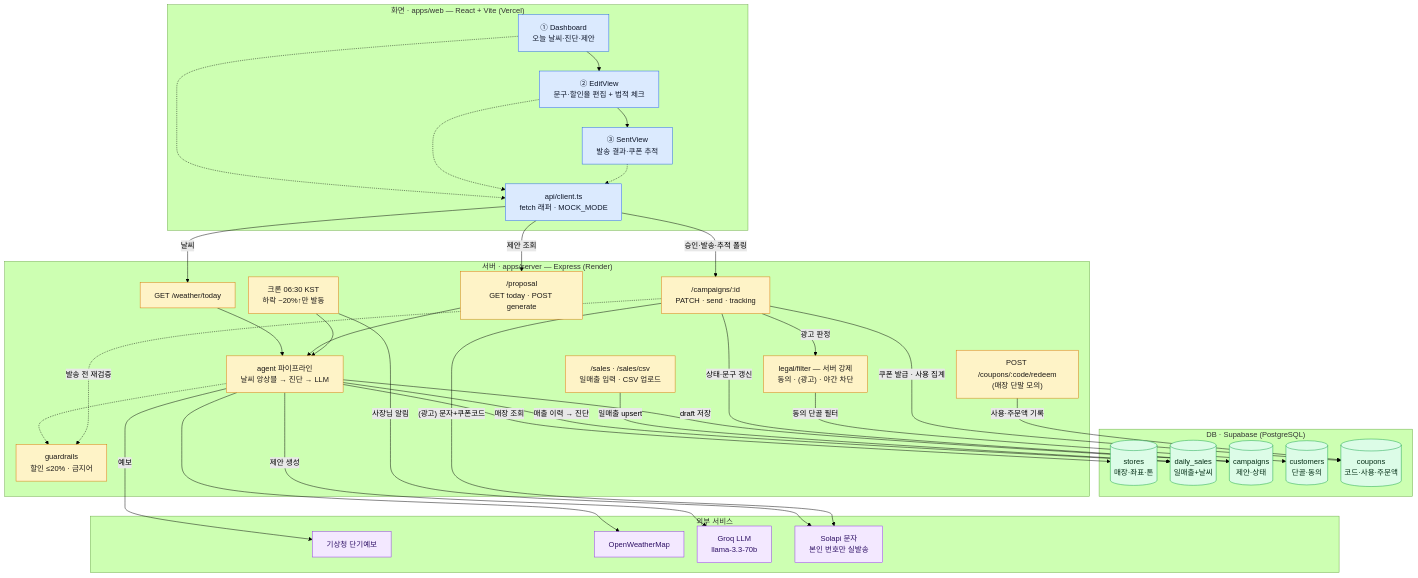
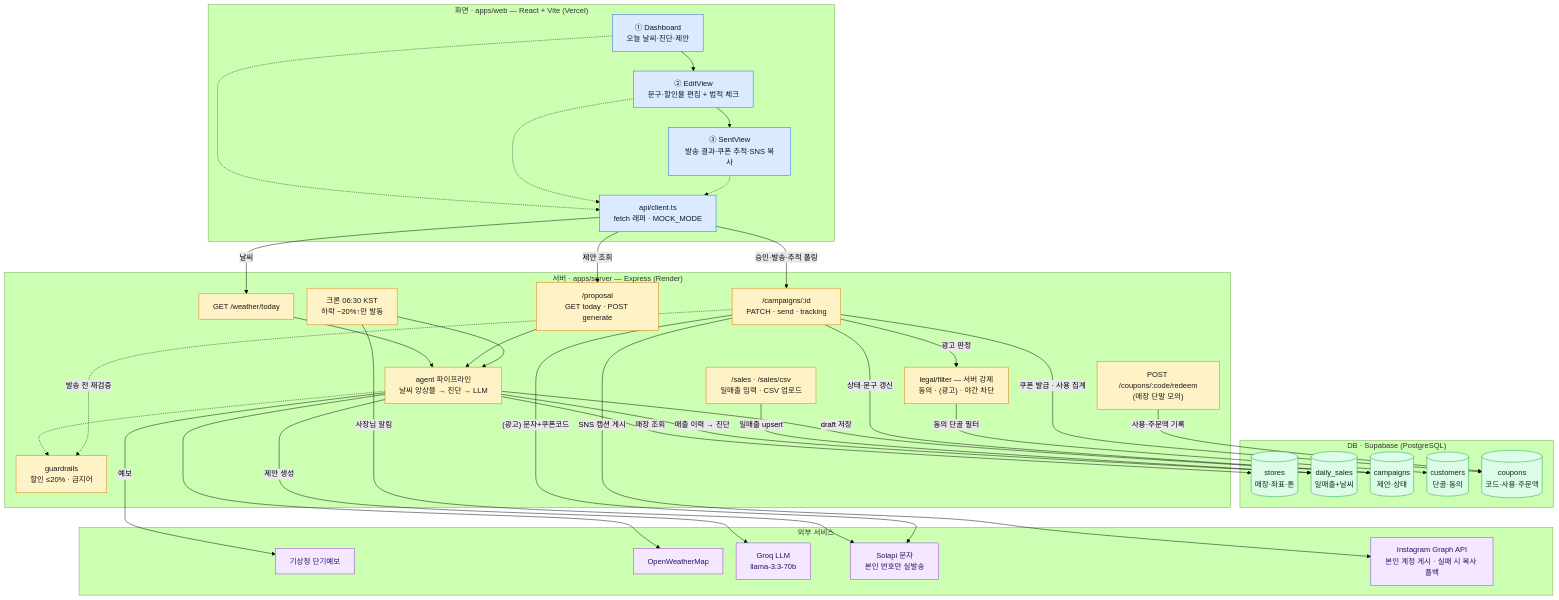
One commit to Mureung1/hub-showcase changed the diagram in docs/아키텍처.md. Above: the diagram before and after it, drawn with Mermaid (forest theme). The commit also changed other lines of this file and 4 other files, not shown here.

First line of the commit message:
docs: README에 아키텍처 mermaid 추가(+Instagram 게시 반영)·발표 파일명 변경 반영

````diff
--- a/docs/아키텍처.md
+++ b/docs/아키텍처.md
@@ -11,7 +11,7 @@
   subgraph FE["화면 · apps/web — React + Vite (Vercel)"]
     dash["① Dashboard<br/>오늘 날씨·진단·제안"]
     edit["② EditView<br/>문구·할인율 편집 + 법적 체크"]
-    sent["③ SentView<br/>발송 결과·쿠폰 추적"]
+    sent["③ SentView<br/>발송 결과·쿠폰 추적·SNS 복사"]
     client["api/client.ts<br/>fetch 래퍼 · MOCK_MODE"]
     dash --> edit --> sent
     dash -.-> client
@@ -47,6 +47,7 @@
     owm["OpenWeatherMap"]
     groq["Groq LLM<br/>llama-3.3-70b"]
     solapi["Solapi 문자<br/>본인 번호만 실발송"]
+    ig["Instagram Graph API<br/>본인 계정 게시 · 실패 시 복사 폴백"]
   end
 
   %% ---- 화면 → 서버 ----
@@ -78,6 +79,7 @@
   pipe -- "제안 생성" --> groq
   cron -- "사장님 알림" --> solapi
   rcampaign -- "(광고) 문자+쿠폰코드" --> solapi
+  rcampaign -- "SNS 캡션 게시" --> ig
 
   %% ---- 배치 보정 (보이지 않는 링크) ----
   rproposal ~~~ rsales
@@ -86,6 +88,7 @@
   salesT ~~~ owm
   campaigns ~~~ groq
   customers ~~~ solapi
+  coupons ~~~ ig
 
   %% ---- 스타일 ----
   classDef fe fill:#dbeafe,stroke:#2563eb,color:#0f172a;
@@ -95,5 +98,5 @@
   class dash,edit,sent,client fe;
   class rweather,rproposal,rcampaign,rsales,rredeem,cron,pipe,guard,legal be;
   class stores,salesT,campaigns,customers,coupons db;
-  class kma,owm,groq,solapi ext;
+  class kma,owm,groq,solapi,ig ext;
 ```
````
